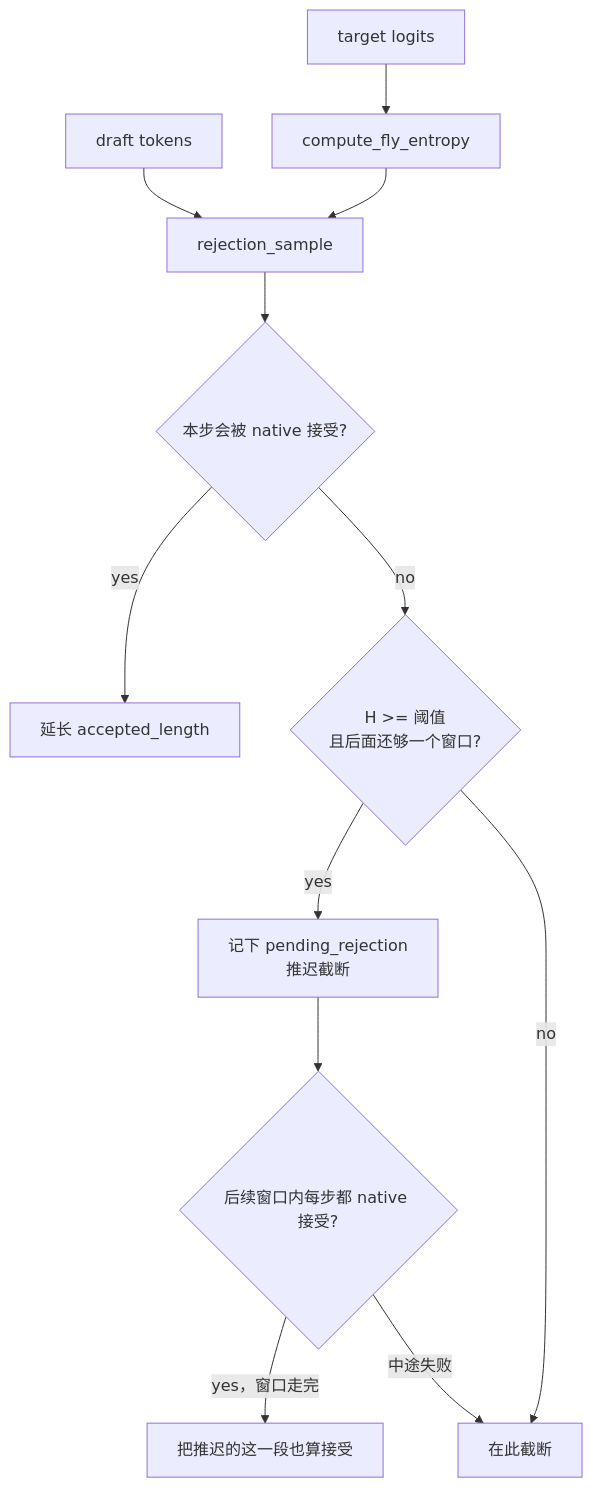
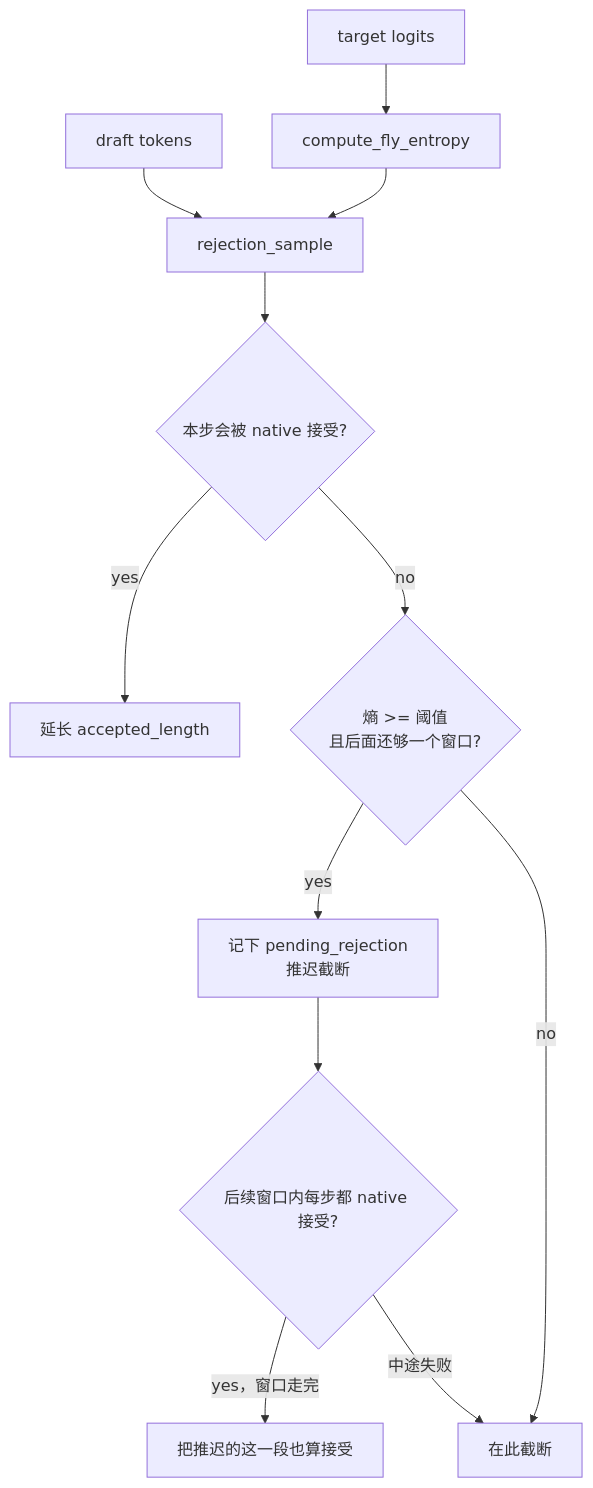
One commit to cluster1900/vllm_reader changed diagram 38 of 43 in book/07-model-execution/README.md. Above: the diagram before and after it, drawn with Mermaid. The commit also changed other lines of this file and 1 other file, not shown here.

First line of the commit message:
docs(ch07,ch08): F/D 批次 B6 — 公式讲解模板、统一符号与两张图（不含 §8.14） (#28)

````diff
--- a/book/07-model-execution/README.md
+++ b/book/07-model-execution/README.md
@@ -1363,14 +1457,14 @@
 ```mermaid
 flowchart TB
     DRAFT[draft tokens] --> RS[rejection_sample]
     TGT[target logits] --> ENT[compute_fly_entropy]
     ENT --> RS
     RS --> N{本步会被 native 接受?}
     N -->|yes| ACC[延长 accepted_length]
-    N -->|no| G{H >= 阈值<br/>且后面还够一个窗口?}
+    N -->|no| G{熵 >= 阈值<br/>且后面还够一个窗口?}
     G -->|yes| DEF[记下 pending_rejection<br/>推迟截断]
     G -->|no| REJ[在此截断]
     DEF --> W{后续窗口内每步都 native 接受?}
     W -->|yes，窗口走完| OK[把推迟的这一段也算接受]
     W -->|中途失败| REJ
 ```
````
